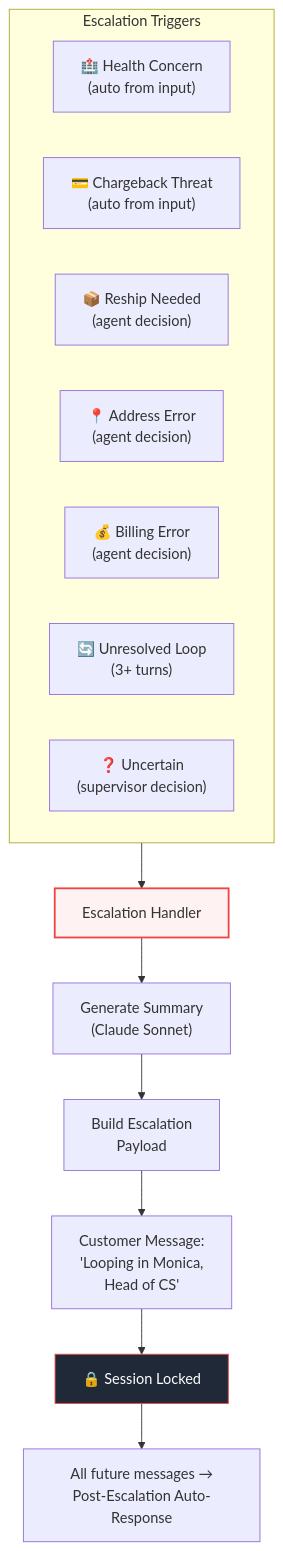
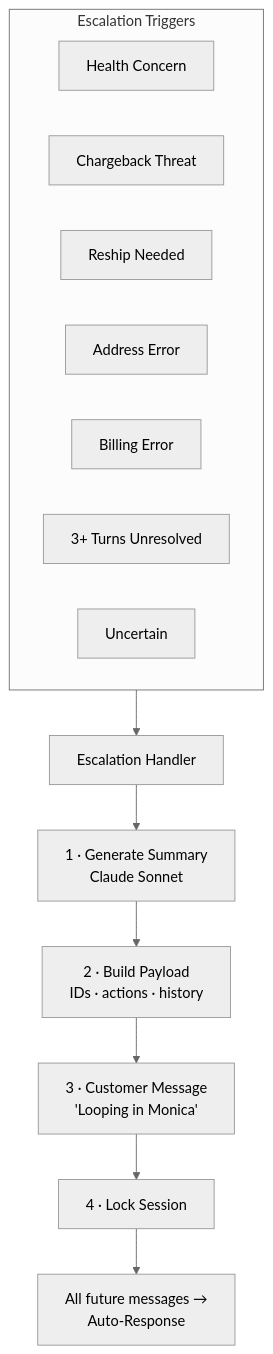
One commit to EminDurmuSS/lookfor-hackathon changed diagram 11 of 11 in README.md. Above: the diagram before and after it, drawn with Mermaid. The commit also changed other lines of this file, not shown here.

````diff
--- a/README.md
+++ b/README.md
@@ -592,23 +546,21 @@
 ```mermaid
+%%{init: {'theme': 'neutral'}}%%
 flowchart TD
     subgraph TRIGGERS["Escalation Triggers"]
-        T1["🏥 Health Concern<br/>(auto from input)"]
-        T2["💳 Chargeback Threat<br/>(auto from input)"]
-        T3["📦 Reship Needed<br/>(agent decision)"]
-        T4["📍 Address Error<br/>(agent decision)"]
-        T5["💰 Billing Error<br/>(agent decision)"]
-        T6["🔄 Unresolved Loop<br/>(3+ turns)"]
-        T7["❓ Uncertain<br/>(supervisor decision)"]
+        T1["Health Concern"]
+        T2["Chargeback Threat"]
+        T3["Reship Needed"]
+        T4["Address Error"]
+        T5["Billing Error"]
+        T6["3+ Turns Unresolved"]
+        T7["Uncertain"]
     end
 
     TRIGGERS --> ESC["Escalation Handler"]
 
-    ESC --> SUMMARY["Generate Summary<br/>(Claude Sonnet)"]
-    SUMMARY --> PAYLOAD["Build Escalation<br/>Payload"]
-    PAYLOAD --> MSG["Customer Message:<br/>'Looping in Monica,<br/>Head of CS'"]
-    MSG --> LOCK["🔒 Session Locked"]
-    LOCK --> POST["All future messages →<br/>Post-Escalation Auto-Response"]
-
-    style ESC fill:#fef2f2,stroke:#ef4444,stroke-width:2px
-    style LOCK fill:#1f2937,stroke:#ef4444,color:#fff
+    ESC --> S1["1 · Generate Summary<br/>Claude Sonnet"]
+    S1 --> S2["2 · Build Payload<br/>IDs · actions · history"]
+    S2 --> S3["3 · Customer Message<br/>'Looping in Monica'"]
+    S3 --> S4["4 · Lock Session"]
+    S4 --> S5["All future messages →<br/>Auto-Response"]
 ```
````
